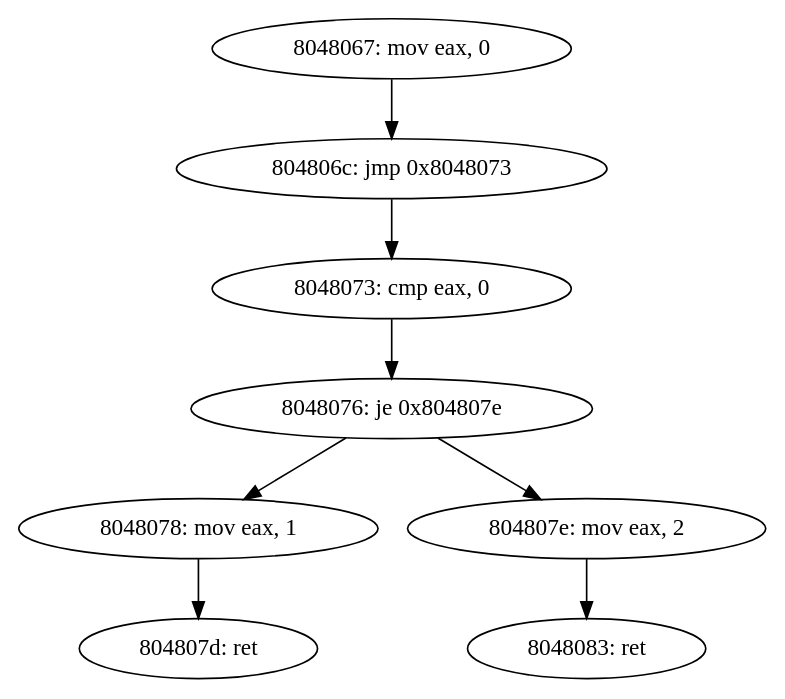
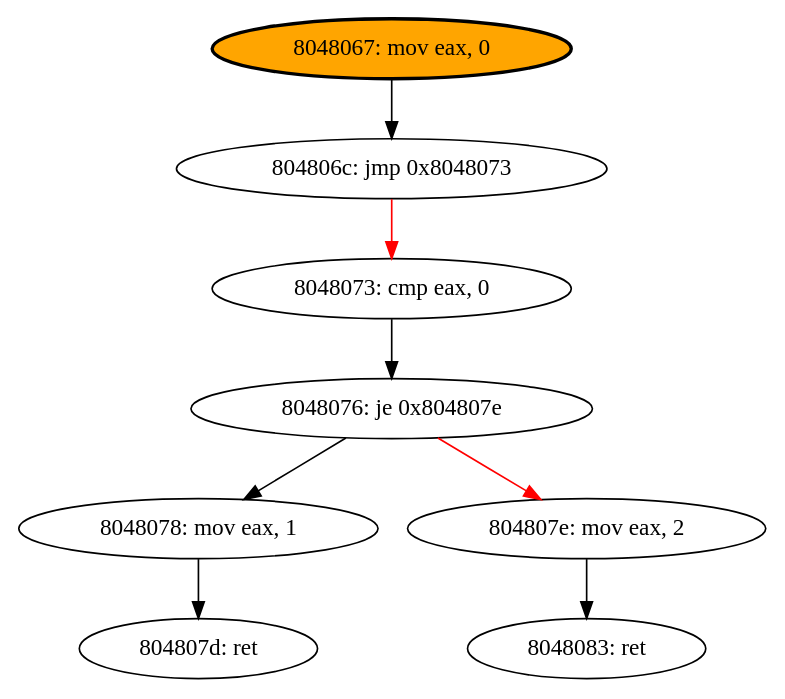
One commit to yaps8/these changed the diagram in supports/eax-cfg/eax.dot. Above: the diagram before and after it, drawn with Graphviz. The commit also changed 16 other files, not shown here.

```diff
--- a/supports/eax-cfg/eax.dot
+++ b/supports/eax-cfg/eax.dot
@@ -1,17 +1,17 @@
 digraph G{
-"1" [label="8048067: mov eax, 0"]
+"1" [label="8048067: mov eax, 0", style="filled,bold", fillcolor=orange]
 "2" [label="804806c: jmp 0x8048073"]
 "4" [label="8048073: cmp eax, 0"]
 "5" [label="8048076: je 0x804807e"]
 "6" [label="8048078: mov eax, 1"]
 "7" [label="804807d: ret"]
 "8" [label="804807e: mov eax, 2"]
 "9" [label="8048083: ret"]
-"1" -> "2"
-"2" -> "4"
+"1" -> "2"  
+"2" -> "4" [color=red]
 "4" -> "5"
 "5" -> "6"
 "6" -> "7"
-"5" -> "8"
+"5" -> "8" [color=red]
 "8" -> "9"
 }
```
